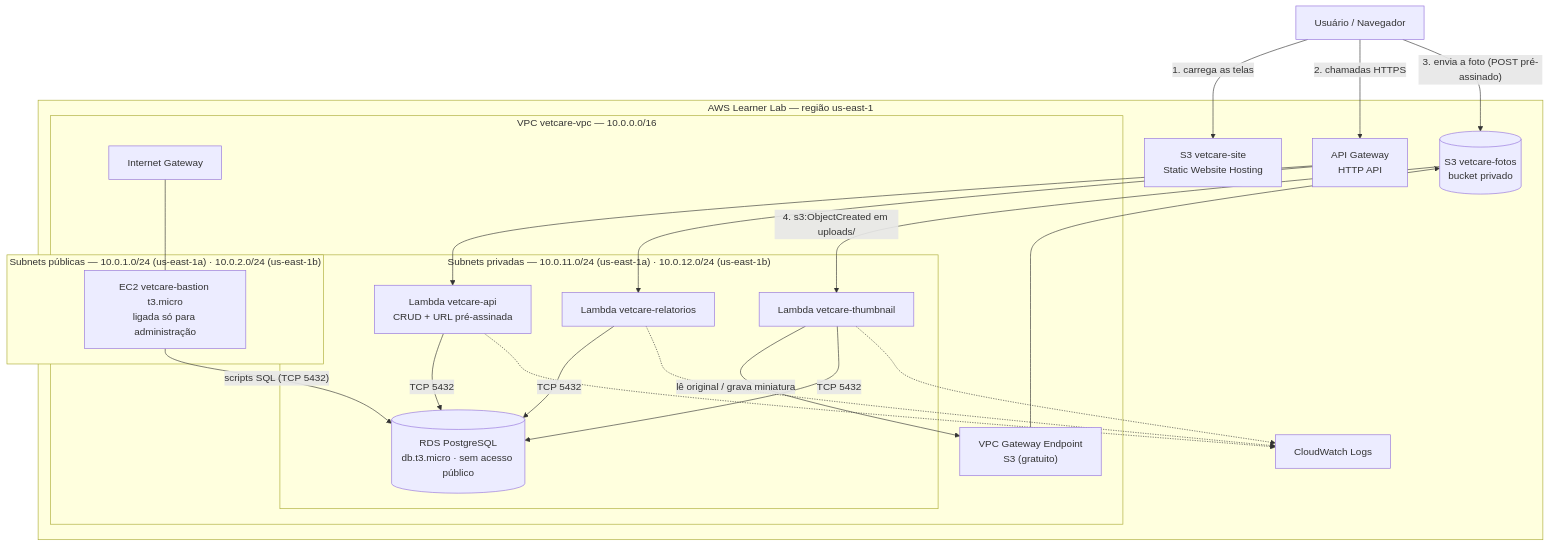
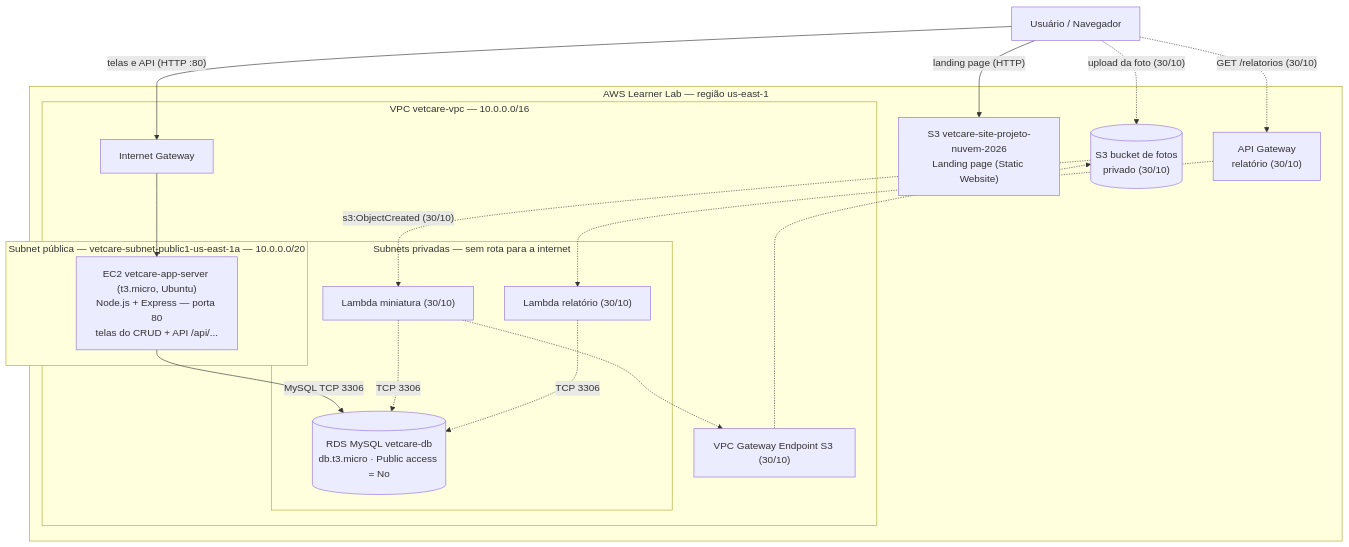
Before and after one commit to AnaBeatrizOliver/Projeto-de-Nuvem-: the first of 3 diagrams in specs/design.md, drawn with Mermaid. The commit also changed other lines of this file and 11 other files, not shown here.

````diff
--- a/specs/design.md
+++ b/specs/design.md
@@ -11,44 +13,39 @@
 ```mermaid
 flowchart TB
     U["Usuário / Navegador"]
 
     subgraph AWS["AWS Learner Lab — região us-east-1"]
-        SITE["S3 vetcare-site<br/>Static Website Hosting"]
-        APIGW["API Gateway<br/>HTTP API"]
-        FOTOS[("S3 vetcare-fotos<br/>bucket privado")]
-        CW["CloudWatch Logs"]
+        SITE["S3 vetcare-site-projeto-nuvem-2026<br/>Landing page (Static Website)"]
+        FOTOS[("S3 bucket de fotos<br/>privado (30/10)")]
+        APIGW["API Gateway<br/>relatório (30/10)"]
 
         subgraph VPC["VPC vetcare-vpc — 10.0.0.0/16"]
             IGW["Internet Gateway"]
-            S3EP["VPC Gateway Endpoint<br/>S3 (gratuito)"]
 
-            subgraph PUB["Subnets públicas — 10.0.1.0/24 (us-east-1a) · 10.0.2.0/24 (us-east-1b)"]
-                BASTION["EC2 vetcare-bastion t3.micro<br/>ligada só para administração"]
+            subgraph PUB["Subnet pública — vetcare-subnet-public1-us-east-1a — 10.0.0.0/20"]
+                EC2["EC2 vetcare-app-server (t3.micro, Ubuntu)<br/>Node.js + Express — porta 80<br/>telas do CRUD + API /api/..."]
             end
 
-            subgraph PRIV["Subnets privadas — 10.0.11.0/24 (us-east-1a) · 10.0.12.0/24 (us-east-1b)"]
-                LAPI["Lambda vetcare-api<br/>CRUD + URL pré-assinada"]
-                LREL["Lambda vetcare-relatorios"]
-                LTHUMB["Lambda vetcare-thumbnail"]
-                RDS[("RDS PostgreSQL<br/>db.t3.micro · sem acesso público")]
+            subgraph PRIV["Subnets privadas — sem rota para a internet"]
+                RDS[("RDS MySQL vetcare-db<br/>db.t3.micro · Public access = No")]
+                LT["Lambda miniatura (30/10)"]
+                LR["Lambda relatório (30/10)"]
             end
+
+            S3EP["VPC Gateway Endpoint S3 (30/10)"]
         end
     end
 
-    U -->|"1. carrega as telas"| SITE
-    U -->|"2. chamadas HTTPS"| APIGW
-    APIGW --> LAPI
-    APIGW --> LREL
-    LAPI -->|"TCP 5432"| RDS
-    LREL -->|"TCP 5432"| RDS
-    U -->|"3. envia a foto (POST pré-assinado)"| FOTOS
-    FOTOS -->|"4. s3:ObjectCreated em uploads/"| LTHUMB
-    LTHUMB -->|"lê original / grava miniatura"| S3EP
-    S3EP --> FOTOS
-    LTHUMB -->|"TCP 5432"| RDS
-    IGW --- BASTION
-    BASTION -->|"scripts SQL (TCP 5432)"| RDS
-    LAPI -.-> CW
-    LREL -.-> CW
-    LTHUMB -.-> CW
+    U -->|"landing page (HTTP)"| SITE
+    U -->|"telas e API (HTTP :80)"| IGW
+    IGW --> EC2
+    EC2 -->|"MySQL TCP 3306"| RDS
+    U -.->|"upload da foto (30/10)"| FOTOS
+    FOTOS -.->|"s3:ObjectCreated (30/10)"| LT
+    LT -.-> S3EP
+    S3EP -.-> FOTOS
+    LT -.->|"TCP 3306"| RDS
+    U -.->|"GET /relatorios (30/10)"| APIGW
+    APIGW -.-> LR
+    LR -.->|"TCP 3306"| RDS
 ```
````
